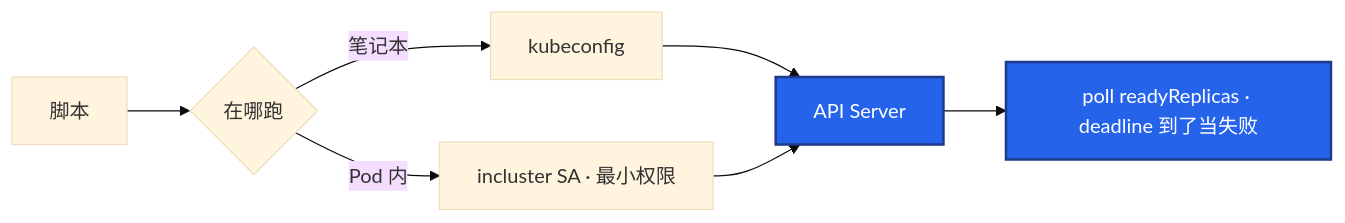
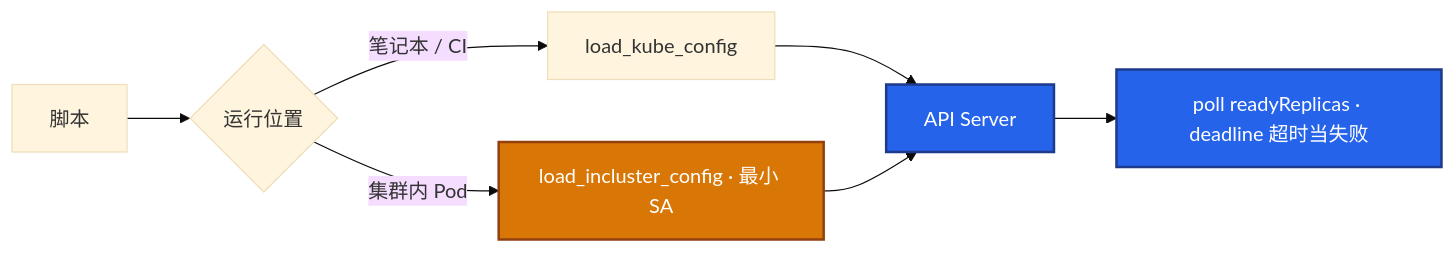
One commit to ml-cuizijun/LearnToLilith changed the fourth of 5 diagrams in 06-开发能力/02-Python运维/知识点.md. Above: the diagram before and after it, drawn with Mermaid (base theme). The commit also changed other lines of this file and 213 other files, not shown here.

````diff
--- a/06-开发能力/02-Python运维/知识点.md
+++ b/06-开发能力/02-Python运维/知识点.md
@@ -387,12 +366,14 @@
 ```mermaid
 flowchart LR
-    A[脚本] --> B{在哪跑}
-    B -->|笔记本| C[kubeconfig]
-    B -->|Pod 内| D[incluster SA · 最小权限]
+    A[脚本] --> B{运行位置}
+    B -->|笔记本 / CI| C[load_kube_config]
+    B -->|集群内 Pod| D[load_incluster_config · 最小 SA]
     C --> E[API Server]
     D --> E
-    E --> F[poll readyReplicas · deadline 到了当失败]
+    E --> F[poll readyReplicas · deadline 超时当失败]
 
     classDef api fill:#2563EB,stroke:#1E3A8A,stroke-width:2px,color:#fff
+    classDef sa fill:#D97706,stroke:#92400E,stroke-width:2px,color:#fff
     class E,F api
+    class D sa
 ```
````
